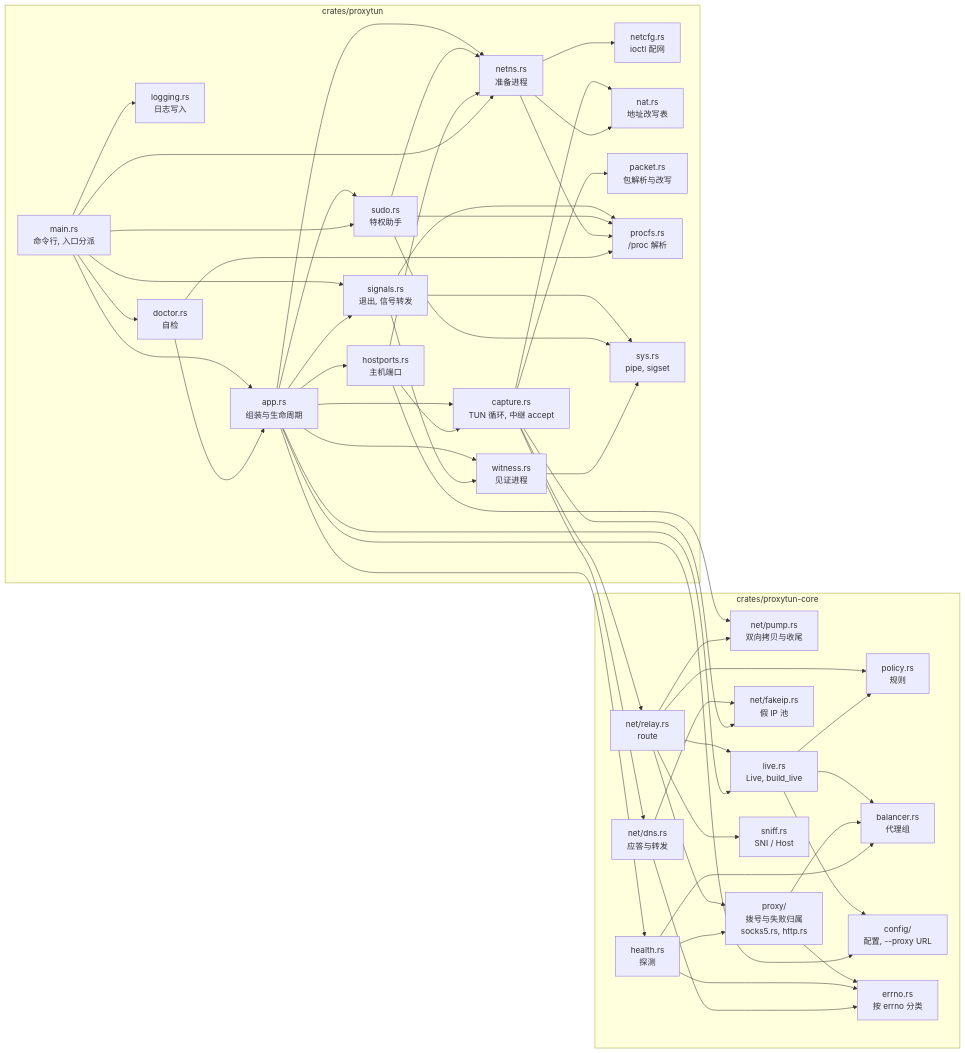
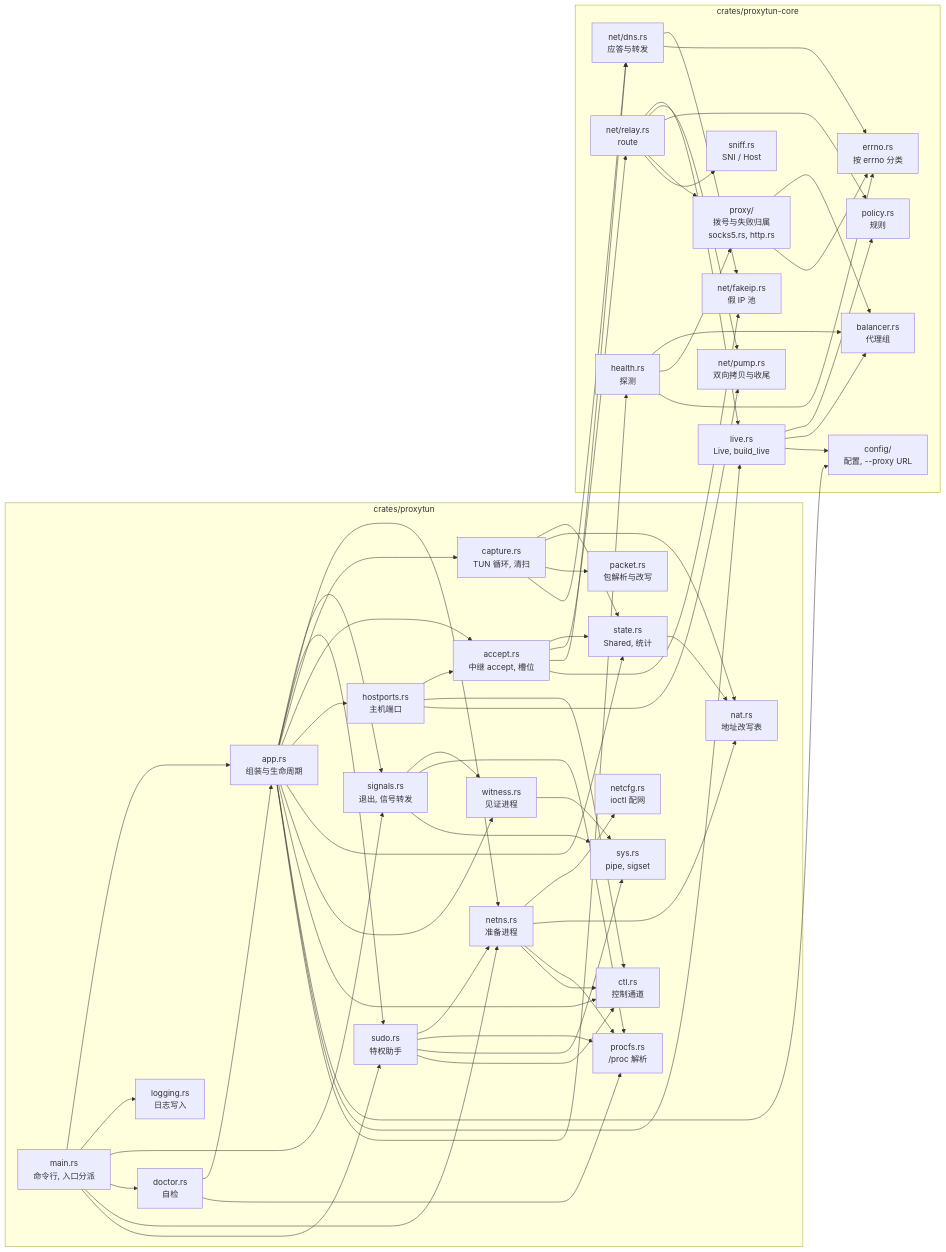
Before and after one commit to moonshawdo/proxytun: the diagram in docs/architecture/modules.md, drawn with Mermaid. The commit also changed other lines of this file and 12 other files, not shown here.

First line of the commit message:
Refactor M5b: capture, accept, state and the control channel apart

````diff
--- a/docs/architecture/modules.md
+++ b/docs/architecture/modules.md
@@ -14,69 +14,78 @@
 ```mermaid
 flowchart LR
     subgraph BIN["crates/proxytun"]
         MAIN["main.rs<br/>命令行, 入口分派"] --> APP["app.rs<br/>组装与生命周期"]
         MAIN --> LOG["logging.rs<br/>日志写入"]
         MAIN --> SIG["signals.rs<br/>退出, 信号转发"]
         APP --> SIG
         APP --> NETNS["netns.rs<br/>准备进程"]
         APP --> SUDO["sudo.rs<br/>特权助手"]
-        APP --> CAP["capture.rs<br/>TUN 循环, 中继 accept"]
+        APP --> CAP["capture.rs<br/>TUN 循环, 清扫"]
+        APP --> ACC["accept.rs<br/>中继 accept, 槽位"]
         APP --> HP["hostports.rs<br/>主机端口"]
+        APP --> STATE["state.rs<br/>Shared, 统计"]
         APP --> WIT["witness.rs<br/>见证进程"]
         SIG --> WIT
         MAIN --> DOC["doctor.rs<br/>自检"]
         DOC --> APP
         NETNS --> NETCFG["netcfg.rs<br/>ioctl 配网"]
         SUDO --> NETNS
+        CAP --> STATE
+        ACC --> STATE
+        HP --> ACC
         CAP --> NAT["nat.rs<br/>地址改写表"]
+        STATE --> NAT
         NETNS --> NAT
         CAP --> PKT["packet.rs<br/>包解析与改写"]
         SIG --> PFS["procfs.rs<br/>/proc 解析"]
         SUDO --> PFS
         NETNS --> PFS
         DOC --> PFS
         SIG --> SYS["sys.rs<br/>pipe, sigset"]
         SUDO --> SYS
         WIT --> SYS
-        HP --> NETNS
+        APP --> CTL["ctl.rs<br/>控制通道"]
+        NETNS --> CTL
+        SUDO --> CTL
+        HP --> CTL
     end
     subgraph CORE["crates/proxytun-core"]
         RELAY["net/relay.rs<br/>route"]
         PUMP["net/pump.rs<br/>双向拷贝与收尾"]
         LIVE["live.rs<br/>Live, build_live"]
         DNS["net/dns.rs<br/>应答与转发"]
         FAKE["net/fakeip.rs<br/>假 IP 池"]
         POL["policy.rs<br/>规则"]
         BAL["balancer.rs<br/>代理组"]
         PRX["proxy/<br/>拨号与失败归属<br/>socks5.rs, http.rs"]
         HEA["health.rs<br/>探测"]
         SNF["sniff.rs<br/>SNI / Host"]
         CFG["config/<br/>配置, --proxy URL"]
         ERR["errno.rs<br/>按 errno 分类"]
     end
-    CAP --> RELAY
+    ACC --> RELAY
+    ACC --> DNS
     CAP --> DNS
     HP --> PUMP
     DNS --> FAKE
     RELAY --> LIVE
     RELAY --> PUMP
     RELAY --> POL
     RELAY --> PRX
     RELAY --> SNF
     LIVE --> POL
     LIVE --> BAL
     LIVE --> CFG
     PRX --> BAL
     HEA --> BAL
     HEA --> PRX
     PRX --> ERR
     HEA --> ERR
     DNS --> ERR
-    CAP --> FAKE
-    HP --> CAP
+    ACC --> FAKE
     MAIN --> NETNS
     MAIN --> SUDO
     APP --> CFG
     APP --> LIVE
     APP --> HEA
 ```
````
